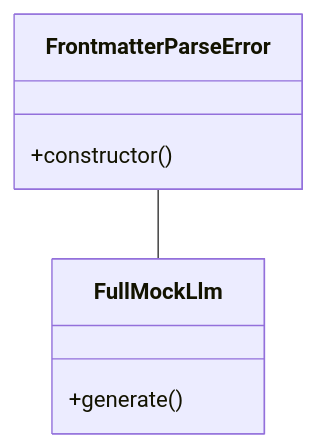
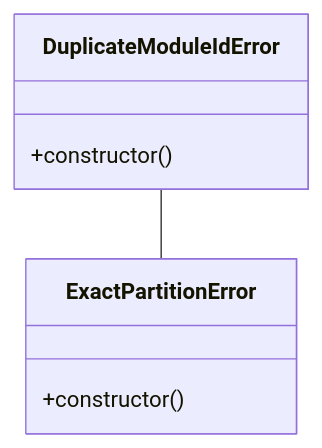
One commit to eduardoabreu81/livewiki changed the diagram in livewiki/diagrams/core-src-06.classes.mmd. Above: the diagram before and after it, drawn with Mermaid. The commit also changed 56 other files, not shown here.

```diff
--- a/livewiki/diagrams/core-src-06.classes.mmd
+++ b/livewiki/diagrams/core-src-06.classes.mmd
@@ -1,10 +1,10 @@
 %%{init: {"themeCSS": ".relation { stroke: transparent !important; }"}}%%
 classDiagram
   direction TB
-  class class_1["FrontmatterParseError"] {
+  class class_1["DuplicateModuleIdError"] {
     +constructor()
   }
-  class class_2["FullMockLlm"] {
-    +generate()
+  class class_2["ExactPartitionError"] {
+    +constructor()
   }
   class_1 -- class_2
```
